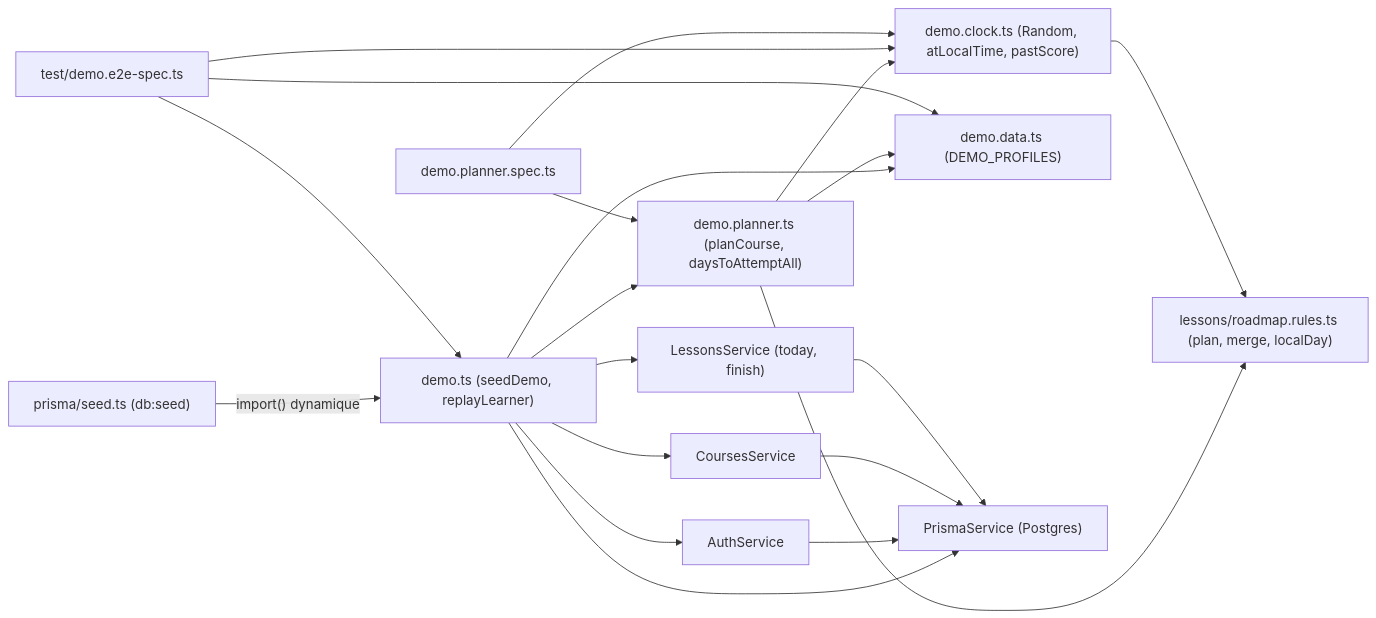
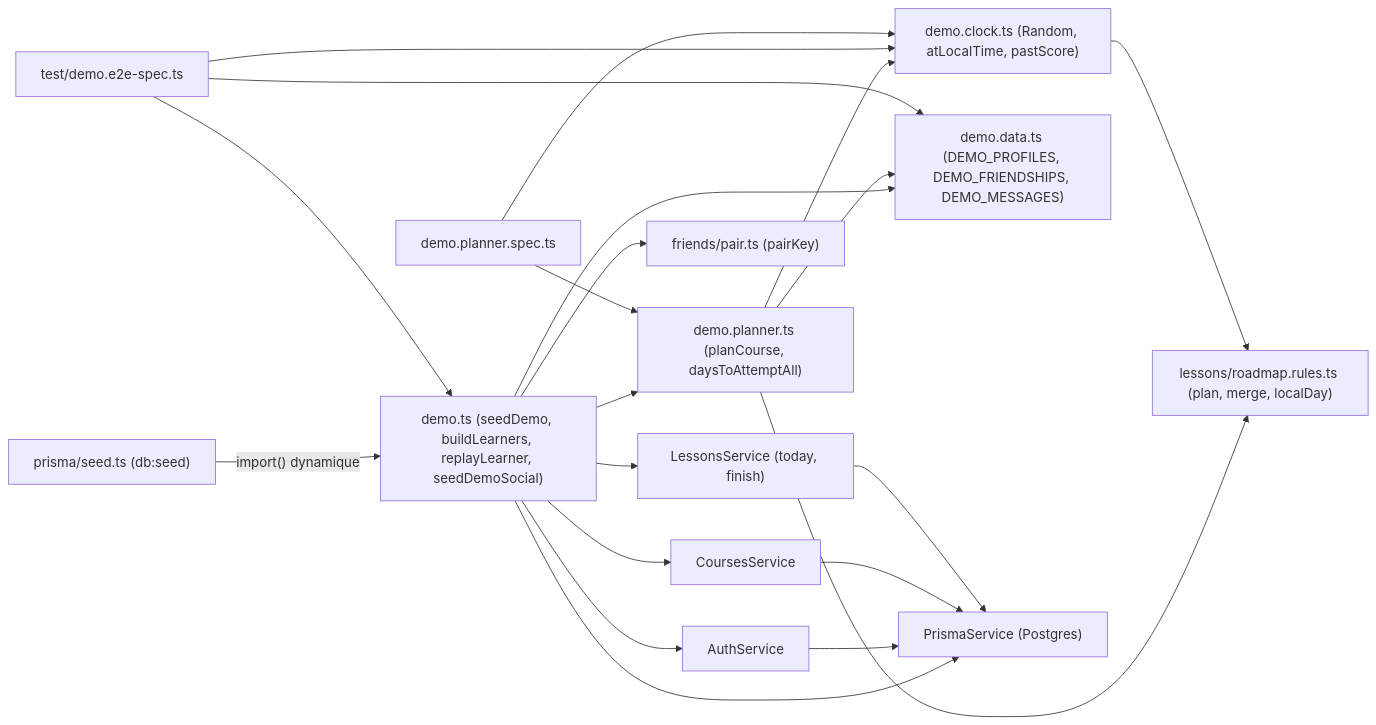
The first of 3 diagrams in docs/transcendence-course/endrit/demo/README.md (VictorBro/ft_transcendence), drawn with Mermaid before and after one commit. The commit also changed other lines of this file and 223 other files, not shown here.

First line of the commit message:
feat: friend request count, password toggle, tutor key check, demo learners, deploy fixes (#237)

````diff
--- a/docs/transcendence-course/endrit/demo/README.md
+++ b/docs/transcendence-course/endrit/demo/README.md
@@ -99,35 +100,37 @@
 ```mermaid
 flowchart LR
   seed["prisma/seed.ts (db:seed)"]
-  demo["demo.ts (seedDemo, replayLearner)"]
+  demo["demo.ts (seedDemo, buildLearners, replayLearner, seedDemoSocial)"]
   planner["demo.planner.ts (planCourse, daysToAttemptAll)"]
   clock["demo.clock.ts (Random, atLocalTime, pastScore)"]
-  data["demo.data.ts (DEMO_PROFILES)"]
+  data["demo.data.ts (DEMO_PROFILES, DEMO_FRIENDSHIPS, DEMO_MESSAGES)"]
   rules["lessons/roadmap.rules.ts (plan, merge, localDay)"]
   auth["AuthService"]
   courses["CoursesService"]
   lessons["LessonsService (today, finish)"]
+  pair["friends/pair.ts (pairKey)"]
   prisma["PrismaService (Postgres)"]
   e2e["test/demo.e2e-spec.ts"]
   unit["demo.planner.spec.ts"]
 
   seed -->|"import() dynamique"| demo
   demo --> data
   demo --> planner
   demo --> auth
   demo --> courses
   demo --> lessons
+  demo --> pair
   demo --> prisma
   planner --> clock
   planner --> rules
   planner --> data
   clock --> rules
   auth --> prisma
   courses --> prisma
   lessons --> prisma
   e2e --> demo
   e2e --> clock
   e2e --> data
   unit --> planner
   unit --> clock
 ```
````
